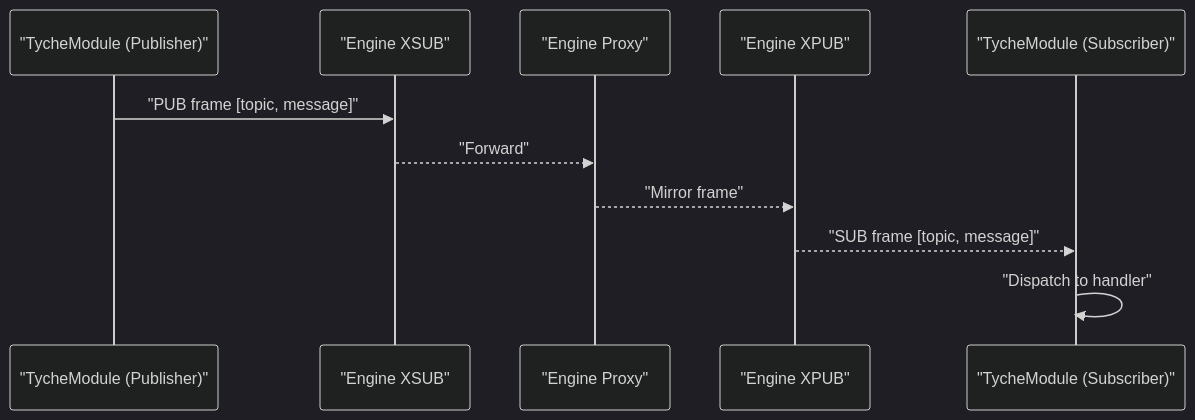
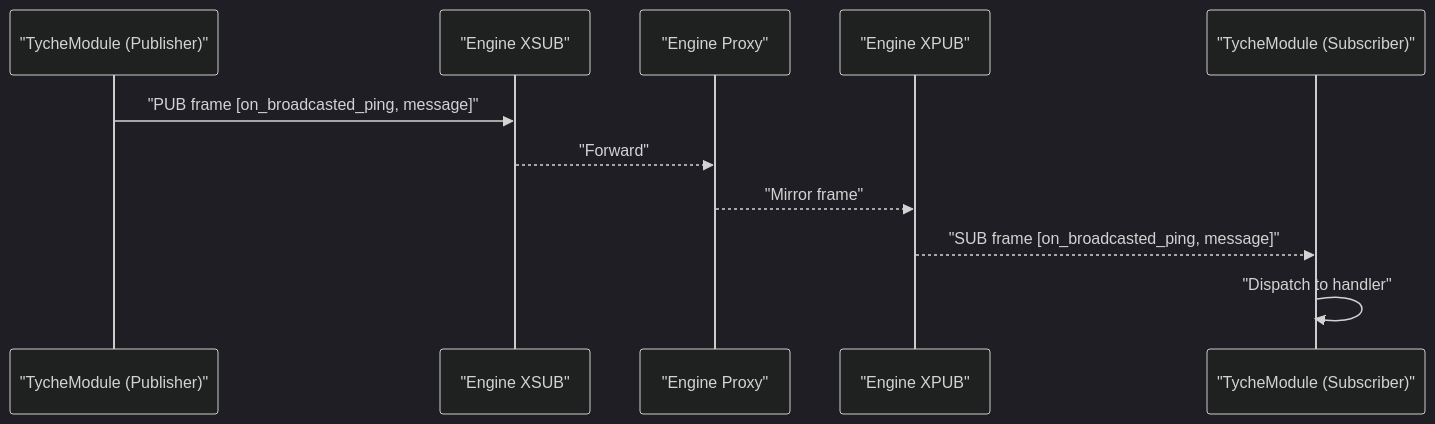
Before and after one commit to zt281/TycheEngine: the third of 7 diagrams in .qoder/repowiki/en/content/Communication Patterns/Communication Patterns.md, drawn with Mermaid (dark theme). The commit also changed other lines of this file and 11 other files, not shown here.

````diff
--- a/.qoder/repowiki/en/content/Communication Patterns/Communication Patterns.md
+++ b/.qoder/repowiki/en/content/Communication Patterns/Communication Patterns.md
@@ -157,13 +169,13 @@
 ```mermaid
 sequenceDiagram
 participant Sender as "TycheModule (Publisher)"
 participant XSUB as "Engine XSUB"
 participant Proxy as "Engine Proxy"
 participant XPUB as "Engine XPUB"
 participant Recv as "TycheModule (Subscriber)"
-Sender->>XSUB : "PUB frame [topic, message]"
+Sender->>XSUB : "PUB frame [on_broadcasted_ping, message]"
 XSUB-->>Proxy : "Forward"
 Proxy-->>XPUB : "Mirror frame"
-XPUB-->>Recv : "SUB frame [topic, message]"
+XPUB-->>Recv : "SUB frame [on_broadcasted_ping, message]"
 Recv->>Recv : "Dispatch to handler"
 ```
````
